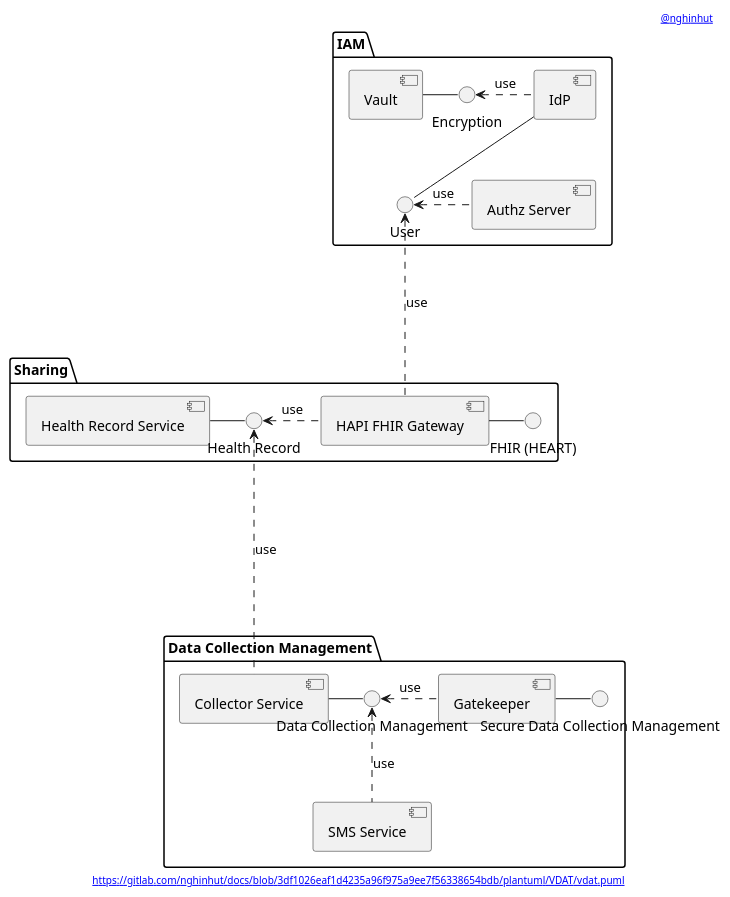
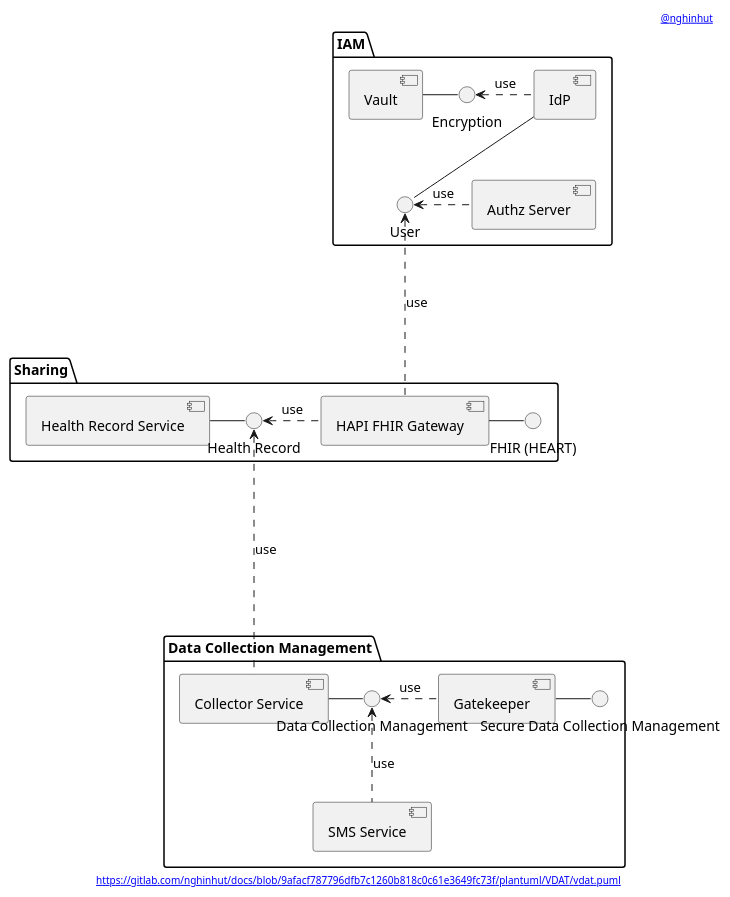
Before and after one commit to nghinhut/docs: the diagram in plantuml/VDAT/vdat.component.puml, drawn with PlantUML. The commit also changed 24 other files, not shown here.

Commit message:
docs(plantuml): update headers

```diff
--- a/plantuml/VDAT/vdat.component.puml
+++ b/plantuml/VDAT/vdat.component.puml
@@ -1,59 +1,59 @@
 @startuml
 '-----START auto generated metadata please keep comment here to allow auto update-----
 '-----DON'T EDIT THIS SECTION, INSTEAD RE-RUN prebuild.sh TO UPDATE-----
-header [[https://www.nghinhut.dev?from=http%5C%3A%5C%2F%5C%2Fwww%5C.plantuml%5C.com%5C%2Fplantuml%5C%2Fproxy%3Ffmt%3Dsvg%5C%26src%3Dhttps%5C%3A%5C%2F%5C%2Fgitlab%5C.com%5C%2Fnghinhut%5C%2Fdocs%5C%2Fraw%5C%2F3df1026eaf1d4235a96f975a9ee7f56338654bdb%5C%2Fplantuml%5C%2FVDAT%5C%2Fvdat%5C.puml%0A @nghinhut]]
-footer [[http://www.plantuml.com/plantuml/proxy?fmt=svg&src=https://gitlab.com/nghinhut/docs/raw/3df1026eaf1d4235a96f975a9ee7f56338654bdb/plantuml/VDAT/vdat.puml https://gitlab.com/nghinhut/docs/blob/3df1026eaf1d4235a96f975a9ee7f56338654bdb/plantuml/VDAT/vdat.puml]]
+header [[https://www.nghinhut.dev?from=http%5C%3A%5C%2F%5C%2Fwww%5C.plantuml%5C.com%5C%2Fplantuml%5C%2Fproxy%3Ffmt%3Dsvg%5C%26src%3Dhttps%5C%3A%5C%2F%5C%2Fgitlab%5C.com%5C%2Fnghinhut%5C%2Fdocs%5C%2Fraw%5C%2F9afacf787796dfb7c1260b818c0c61e3649fc73f%5C%2Fplantuml%5C%2FVDAT%5C%2Fvdat%5C.puml%0A @nghinhut]]
+footer [[http://www.plantuml.com/plantuml/proxy?fmt=svg&src=https://gitlab.com/nghinhut/docs/raw/9afacf787796dfb7c1260b818c0c61e3649fc73f/plantuml/VDAT/vdat.puml https://gitlab.com/nghinhut/docs/blob/9afacf787796dfb7c1260b818c0c61e3649fc73f/plantuml/VDAT/vdat.puml]]
 '-----END auto generated metadata please keep comment here to allow auto update-----
 
 package "IAM" {
     component "Authz Server" as as
     component Vault as vault
     component IdP as idp
 
 '    interface "OAuth2 Authentication" as IOAuth2Authentication
 '    interface "UMA2 Authorization" as IUMA2Authorization
 '    as -- IOAuth2Authentication
 '    as -- IUMA2Authorization
     interface "Encryption" as IEncrypt
     interface "User" as IUser
 }
 
 package "Sharing" {
     component "Health Record Service" as record
     interface "Health Record" as IHealthRecord
     component "HAPI FHIR Gateway" as fhir
     interface "FHIR (HEART)" as IFHIR
 }
 
 package "Data Collection Management" {
     component "Collector Service" as collector
     component "SMS Service" as sms
     component "Gatekeeper" as collector_gatekeeper
     interface "Data Collection Management" as IDataCollectionManagement
     interface "Secure Data Collection Management" as ISecureDataCollectionManagement
 }
 
 
 
 
 
 
 vault - IEncrypt
 IEncrypt <. idp : use
 idp -- IUser
 IUser <. as : use
 IUser <... fhir : use
 
 
 record - IHealthRecord
 IHealthRecord <. fhir : use
 fhir - IFHIR
 IHealthRecord <.... collector : use
 
 
 collector - IDataCollectionManagement
 IDataCollectionManagement <. collector_gatekeeper : use
 collector_gatekeeper - ISecureDataCollectionManagement
 
 IDataCollectionManagement <.. sms : use
 @enduml
```
